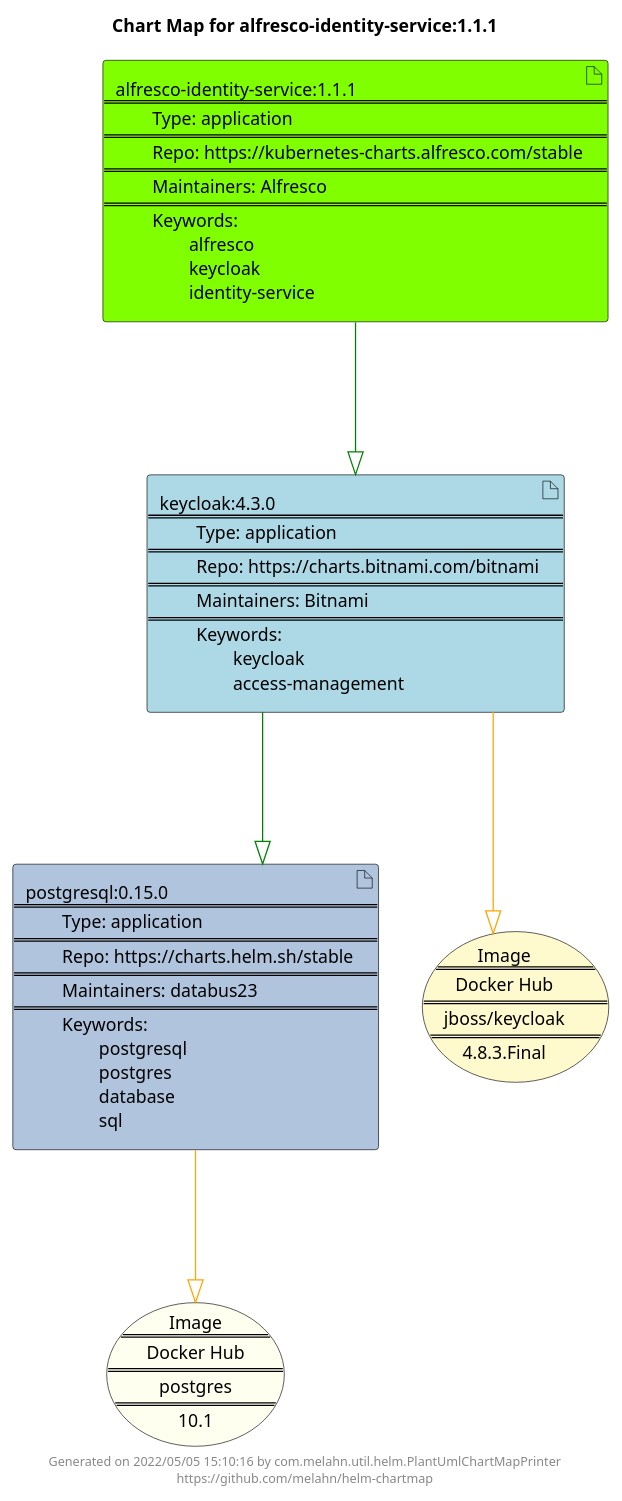
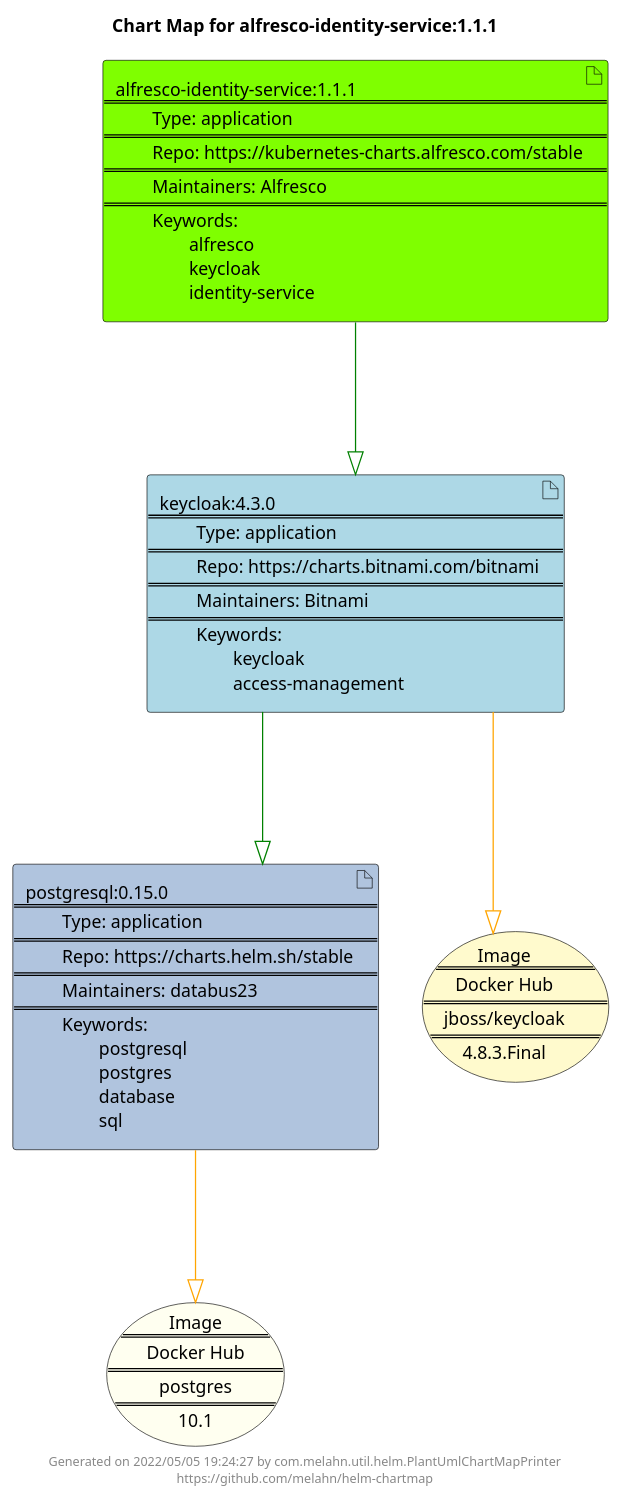
One commit to melahn/helm-chartmap changed the diagram in docs/alfresco-identity-service/alfresco-identity-service-1.1.1.puml. Above: the diagram before and after it, drawn with PlantUML. The commit also changed 63 other files, not shown here.

Commit message:
Update Example Chart Maps as part of GitHub build

```diff
--- a/docs/alfresco-identity-service/alfresco-identity-service-1.1.1.puml
+++ b/docs/alfresco-identity-service/alfresco-identity-service-1.1.1.puml
@@ -1,27 +1,27 @@
 @startuml
 skinparam linetype ortho
 skinparam backgroundColor white
 skinparam usecaseBorderColor black
 skinparam usecaseArrowColor LightSlateGray
 skinparam artifactBorderColor black
 skinparam artifactArrowColor LightSlateGray
 
 title Chart Map for alfresco-identity-service:1.1.1
 
 'There are 3 referenced Helm Charts
 artifact "postgresql:0.15.0\n====\n\tType: application\n====\n\tRepo: https://charts.helm.sh/stable\n====\n\tMaintainers: databus23\n====\n\tKeywords: \n\t\tpostgresql\n\t\tpostgres\n\t\tdatabase\n\t\tsql" as postgresql_0_15_0 #LightSteelBlue
 artifact "alfresco-identity-service:1.1.1\n====\n\tType: application\n====\n\tRepo: https://kubernetes-charts.alfresco.com/stable\n====\n\tMaintainers: Alfresco\n====\n\tKeywords: \n\t\talfresco\n\t\tkeycloak\n\t\tidentity-service" as alfresco_identity_service_1_1_1 #Chartreuse
 artifact "keycloak:4.3.0\n====\n\tType: application\n====\n\tRepo: https://charts.bitnami.com/bitnami\n====\n\tMaintainers: Bitnami\n====\n\tKeywords: \n\t\tkeycloak\n\t\taccess-management" as keycloak_4_3_0 #LightBlue
 
 'There are 2 referenced Docker Images
 usecase "Image\n====\nDocker Hub\n====\npostgres\n====\n10.1" as postgres_10_1 #Ivory
 usecase "Image\n====\nDocker Hub\n====\njboss/keycloak\n====\n4.8.3.Final" as jboss_keycloak_4_8_3_Final #LemonChiffon
 
 'Chart Dependencies
 alfresco_identity_service_1_1_1--[#green]-|>keycloak_4_3_0
 keycloak_4_3_0--[#green]-|>postgresql_0_15_0
 postgresql_0_15_0--[#orange]-|>postgres_10_1
 keycloak_4_3_0--[#orange]-|>jboss_keycloak_4_8_3_Final
 
-center footer Generated on 2022/05/05 15:10:16 by com.melahn.util.helm.PlantUmlChartMapPrinter\nhttps://github.com/melahn/helm-chartmap
+center footer Generated on 2022/05/05 19:24:27 by com.melahn.util.helm.PlantUmlChartMapPrinter\nhttps://github.com/melahn/helm-chartmap
 @enduml
```
